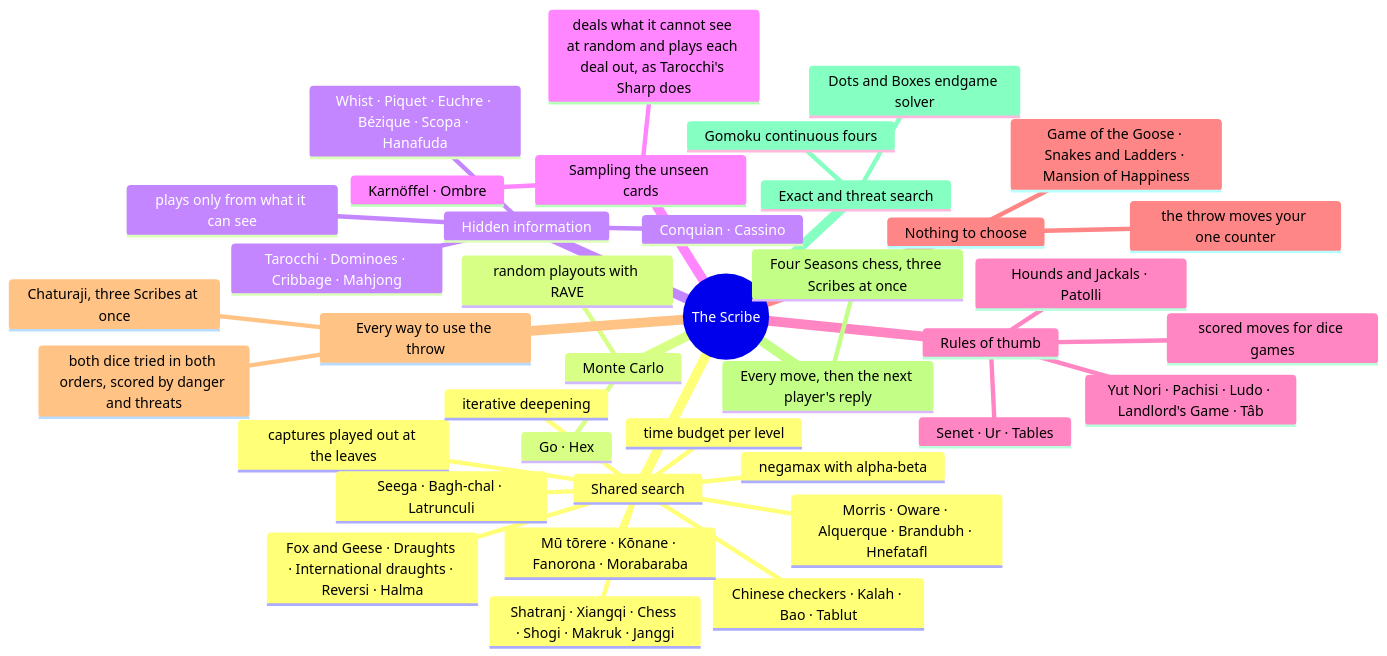
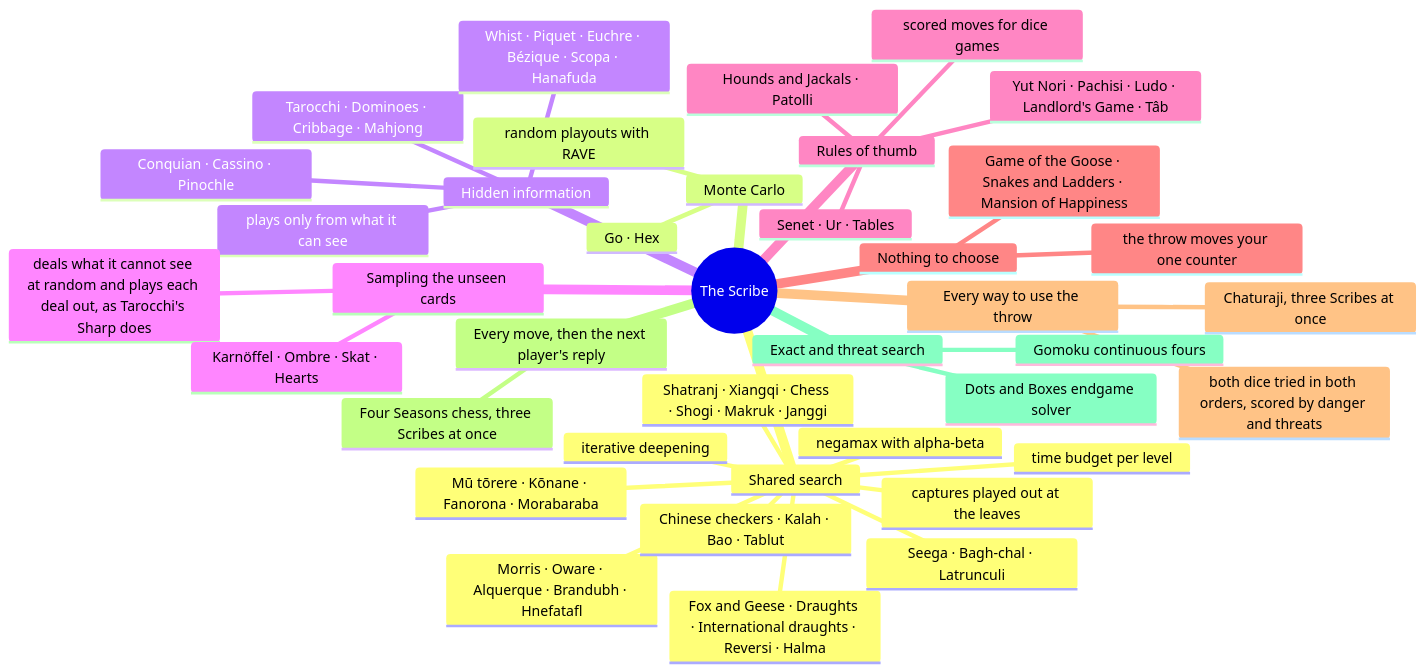
One commit to CptNope/Librarium-Archives changed the first of 3 diagrams in docs/scribe.md. Above: the diagram before and after it, drawn with Mermaid. The commit also changed other lines of this file and 40 other files, not shown here.

First line of the commit message:
0.36.0: the card room, part four: Skat, Pinochle and Hearts

````diff
--- a/docs/scribe.md
+++ b/docs/scribe.md
@@ -5,42 +5,42 @@
 ```mermaid
 mindmap
   root((The Scribe))
     Shared search
       negamax with alpha-beta
       captures played out at the leaves
       iterative deepening
       time budget per level
       Morris · Oware · Alquerque · Brandubh · Hnefatafl
       Shatranj · Xiangqi · Chess · Shogi · Makruk · Janggi
       Fox and Geese · Draughts · International draughts · Reversi · Halma
       Chinese checkers · Kalah · Bao · Tablut
       Mū tōrere · Kōnane · Fanorona · Morabaraba
       Seega · Bagh-chal · Latrunculi
     Monte Carlo
       random playouts with RAVE
       Go · Hex
     Hidden information
       plays only from what it can see
       Tarocchi · Dominoes · Cribbage · Mahjong
       Whist · Piquet · Euchre · Bézique · Scopa · Hanafuda
-      Conquian · Cassino
+      Conquian · Cassino · Pinochle
     Sampling the unseen cards
       deals what it cannot see at random and plays each deal out, as Tarocchi's Sharp does
-      Karnöffel · Ombre
+      Karnöffel · Ombre · Skat · Hearts
     Rules of thumb
       scored moves for dice games
       Senet · Ur · Tables
       Yut Nori · Pachisi · Ludo · Landlord's Game · Tâb
       Hounds and Jackals · Patolli
     Nothing to choose
       the throw moves your one counter
       Game of the Goose · Snakes and Ladders · Mansion of Happiness
     Every way to use the throw
       both dice tried in both orders, scored by danger and threats
       Chaturaji, three Scribes at once
     Every move, then the next player's reply
       Four Seasons chess, three Scribes at once
     Exact and threat search
       Dots and Boxes endgame solver
       Gomoku continuous fours
 ```
````
